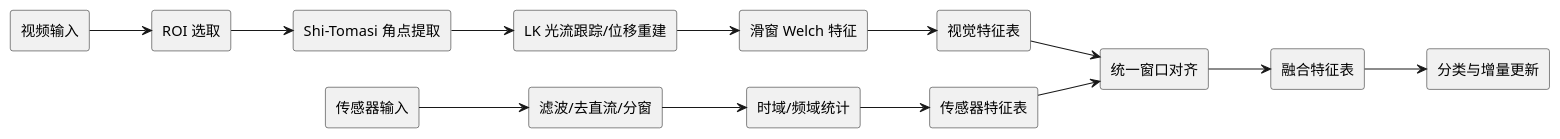
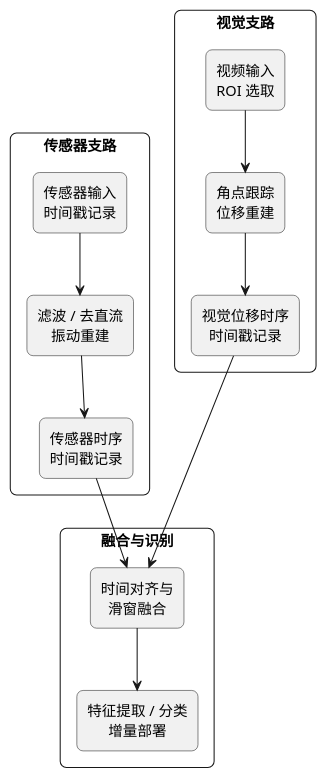
Before and after one commit to bingli-2026/project-course: the diagram in doc/plantuml/algorithm-implementation-plan.puml, drawn with PlantUML. The commit also changed 3 other files, not shown here.

Commit message:
chore: create english version of puml graph

```diff
--- a/doc/plantuml/algorithm-implementation-plan.puml
+++ b/doc/plantuml/algorithm-implementation-plan.puml
@@ -1,32 +1,43 @@
 @startuml
-left to right direction
+top to bottom direction
 skinparam defaultTextAlignment center
-rectangle "视频输入" as v1
-rectangle "ROI 选取" as v2
-rectangle "Shi-Tomasi 角点提取" as v3
-rectangle "LK 光流跟踪/位移重建" as v4
-rectangle "滑窗 Welch 特征" as v5
-rectangle "视觉特征表" as v6
+skinparam shadowing false
+skinparam packageStyle rectangle
+skinparam rectangle {
+	RoundCorner 12
+}
 
-rectangle "传感器输入" as s1
-rectangle "滤波/去直流/分窗" as s2
-rectangle "时域/频域统计" as s3
-rectangle "传感器特征表" as s4
+together {
+	package "视觉支路" {
+		top to bottom direction
+		rectangle "视频输入\nROI 选取" as v1
+		rectangle "角点跟踪\n位移重建" as v2
+		rectangle "视觉位移时序\n时间戳记录" as v3
 
-rectangle "统一窗口对齐" as f1
-rectangle "融合特征表" as f2
-rectangle "分类与增量更新" as f3
+		v1 --> v2
+		v2 --> v3
+	}
 
-v1 --> v2
-v2 --> v3
-v3 --> v4
-v4 --> v5
-v5 --> v6
-s1 --> s2
-s2 --> s3
-s3 --> s4
-v6 --> f1
-s4 --> f1
-f1 --> f2
-f2 --> f3
+	package "传感器支路" {
+		top to bottom direction
+		rectangle "传感器输入\n时间戳记录" as s1
+		rectangle "滤波 / 去直流\n振动重建" as s2
+		rectangle "传感器时序\n时间戳记录" as s3
+
+		s1 --> s2
+		s2 --> s3
+	}
+}
+
+package "融合与识别" {
+	top to bottom direction
+	rectangle "时间对齐与\n滑窗融合" as f1
+	rectangle "特征提取 / 分类\n增量部署" as f2
+
+	f1 --> f2
+}
+
+v3 --> f1
+s3 --> f1
+v3 -[hidden]-> s3
 @enduml
```
